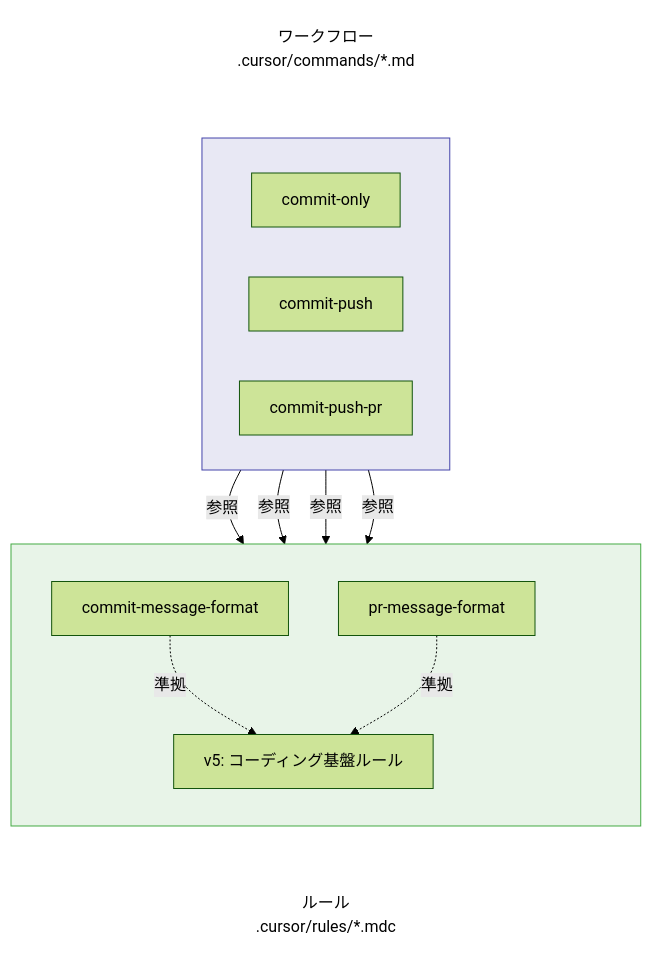
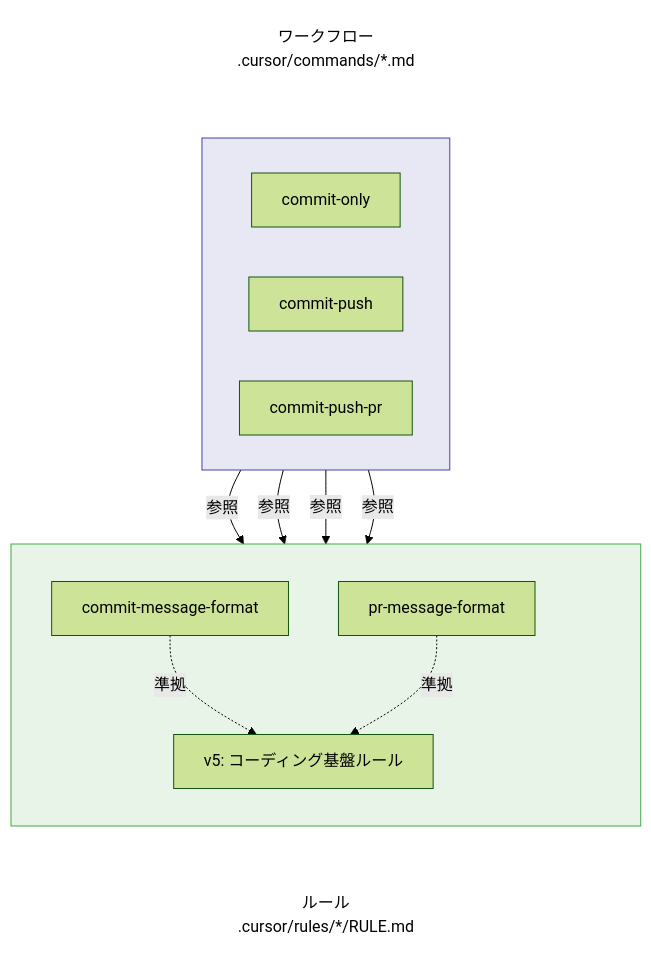
Before and after one commit to kinopeee/cursorrules: the first of 2 diagrams in ja/doc/rules-and-workflows.md, drawn with Mermaid (forest theme). The commit also changed other lines of this file and 35 other files, not shown here.

````diff
--- a/ja/doc/rules-and-workflows.md
+++ b/ja/doc/rules-and-workflows.md
@@ -76,43 +76,43 @@
 ```mermaid
 flowchart TB
     WLabel[ワークフロー<br/>.cursor/commands/*.md]
     
     subgraph Workflow[" "]
         direction LR
         W1[commit-only]
         W2[commit-push]
         W3[commit-push-pr]
     end
 
     subgraph Rules[" "]
         direction TB
         R1[commit-message-format]
         R2[pr-message-format]
         space[ ]
         V5[v5: コーディング基盤ルール]
     end
     
-    RLabel[ルール<br/>.cursor/rules/*.mdc]
+    RLabel[ルール<br/>.cursor/rules/*/RULE.md]
 
     WLabel ~~~ Workflow
     Workflow ~~~ Rules
     Rules ~~~ RLabel
 
     W1 -->|参照| R1
     W2 -->|参照| R1
     W3 -->|参照| R1
     W3 -->|参照| R2
     
     R1 -.->|準拠| V5
     R2 -.->|準拠| V5
 
     style Workflow fill:#e8e8f4,stroke:#44a
     style Rules fill:#e8f4e8,stroke:#4a4
     style WLabel fill:none,stroke:none
     style RLabel fill:none,stroke:none
     style space fill:none,stroke:none
     
     linkStyle 0 stroke:none
     linkStyle 1 stroke:none
     linkStyle 2 stroke:none
 ```
````
